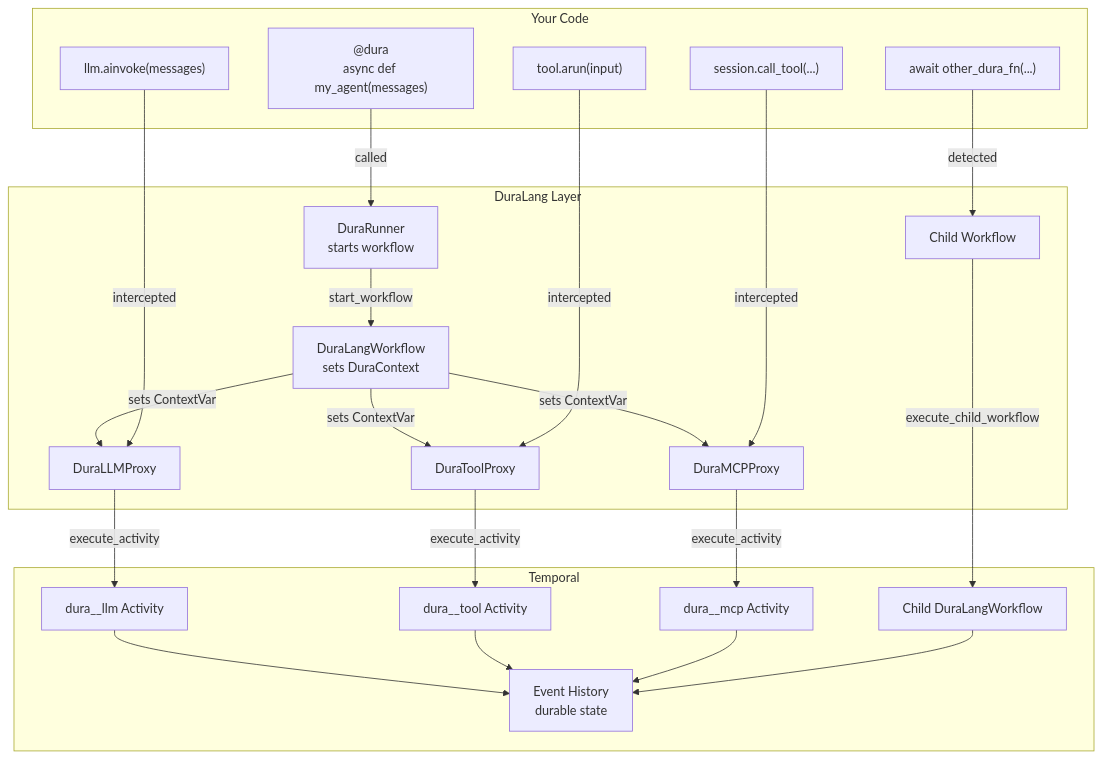
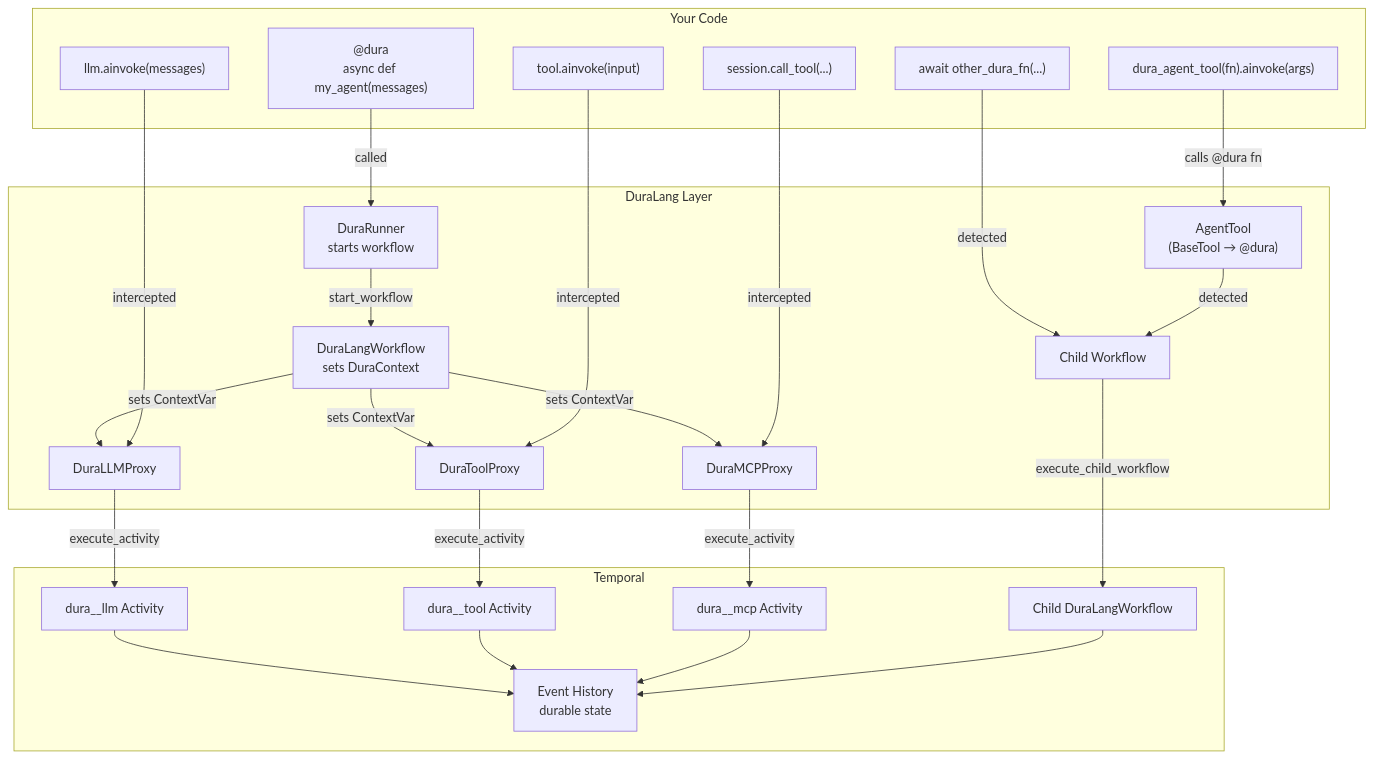
The first of 8 diagrams in docs/architecture.md (deepansh-saxena/DuraLang), drawn with Mermaid before and after one commit. The commit also changed other lines of this file and 33 other files, not shown here.

````diff
--- a/docs/architecture.md
+++ b/docs/architecture.md
@@ -9,48 +9,52 @@
 ```mermaid
 graph TB
     subgraph "Your Code"
         A["@dura<br/>async def my_agent(messages)"]
         B["llm.ainvoke(messages)"]
-        C["tool.arun(input)"]
+        C["tool.ainvoke(input)"]
         D["session.call_tool(...)"]
         E["await other_dura_fn(...)"]
+        AT["dura_agent_tool(fn).ainvoke(args)"]
     end
 
     subgraph "DuraLang Layer"
         F["DuraRunner<br/>starts workflow"]
         G["DuraLangWorkflow<br/>sets DuraContext"]
         H["DuraLLMProxy"]
         I["DuraToolProxy"]
         J["DuraMCPProxy"]
         K["Child Workflow"]
+        AG["AgentTool<br/>(BaseTool → @dura)"]
     end
 
     subgraph "Temporal"
         L["dura__llm Activity"]
         M["dura__tool Activity"]
         N["dura__mcp Activity"]
         O["Child DuraLangWorkflow"]
         P["Event History<br/>durable state"]
     end
 
     A -->|"called"| F
     F -->|"start_workflow"| G
     G -->|"sets ContextVar"| H
     G -->|"sets ContextVar"| I
     G -->|"sets ContextVar"| J
 
     B -->|"intercepted"| H
     C -->|"intercepted"| I
     D -->|"intercepted"| J
     E -->|"detected"| K
+    AT -->|"calls @dura fn"| AG
+    AG -->|"detected"| K
 
     H -->|"execute_activity"| L
     I -->|"execute_activity"| M
     J -->|"execute_activity"| N
     K -->|"execute_child_workflow"| O
 
     L --> P
     M --> P
     N --> P
     O --> P
 ```
````
